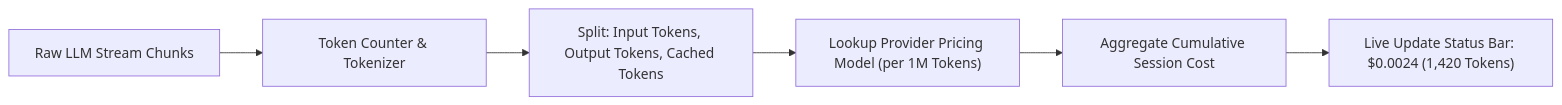
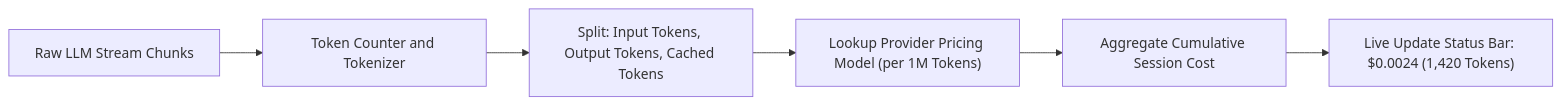
Diagram 20 of 24 in README.md (KerberoSec/KerberoSec-CLI), drawn with Mermaid before and after one commit. The commit also changed other lines of this file and 5 other files, not shown here.

````diff
--- a/README.md
+++ b/README.md
@@ -566,8 +673,8 @@
 ```mermaid
 flowchart LR
-    TokenStream["Raw LLM Stream Chunks"] --> Counter["Token Counter & Tokenizer"]
+    TokenStream["Raw LLM Stream Chunks"] --> Counter["Token Counter and Tokenizer"]
     Counter --> SplitStats["Split: Input Tokens, Output Tokens, Cached Tokens"]
     SplitStats --> PriceMatrix["Lookup Provider Pricing Model (per 1M Tokens)"]
     PriceMatrix --> SessionTotal["Aggregate Cumulative Session Cost"]
     SessionTotal --> UpdateStatusBar["Live Update Status Bar: $0.0024 (1,420 Tokens)"]
 ```
````
